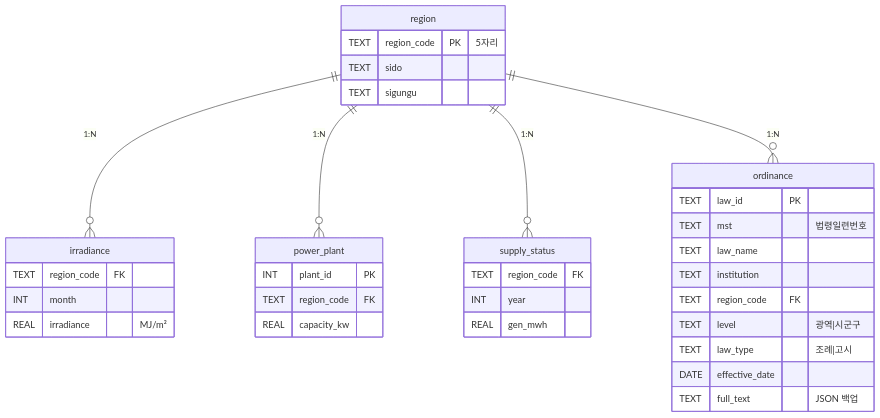
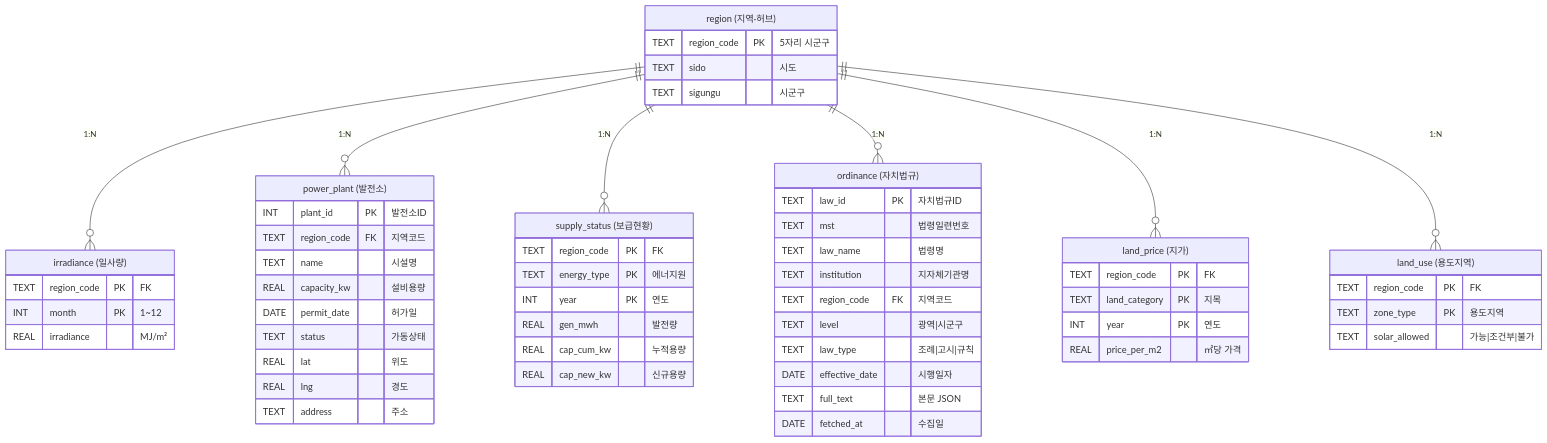
The fifth of 6 diagrams in ARCHITECTURE.md (irishsun51/solarfit), drawn with Mermaid before and after one commit. The commit also changed other lines of this file, not shown here.

Commit message:
docs: 아키텍처 다이어그램 최신화 (pages 구조, DB 스키마 한글명)

````diff
--- a/ARCHITECTURE.md
+++ b/ARCHITECTURE.md
@@ -162,39 +203,62 @@
 ```mermaid
 erDiagram
-    region ||--o{ irradiance : "1:N"
-    region ||--o{ power_plant : "1:N"
-    region ||--o{ supply_status : "1:N"
-    region ||--o{ ordinance : "1:N"
+    "region (지역·허브)" ||--o{ "irradiance (일사량)" : "1:N"
+    "region (지역·허브)" ||--o{ "power_plant (발전소)" : "1:N"
+    "region (지역·허브)" ||--o{ "supply_status (보급현황)" : "1:N"
+    "region (지역·허브)" ||--o{ "ordinance (자치법규)" : "1:N"
+    "region (지역·허브)" ||--o{ "land_price (지가)" : "1:N"
+    "region (지역·허브)" ||--o{ "land_use (용도지역)" : "1:N"
 
-    region {
-        TEXT region_code PK "5자리"
-        TEXT sido
-        TEXT sigungu
+    "region (지역·허브)" {
+        TEXT region_code PK "5자리 시군구"
+        TEXT sido "시도"
+        TEXT sigungu "시군구"
     }
-    irradiance {
-        TEXT region_code FK
-        INT month
+    "irradiance (일사량)" {
+        TEXT region_code PK "FK"
+        INT month PK "1~12"
         REAL irradiance "MJ/m²"
     }
-    ordinance {
-        TEXT law_id PK
+    "ordinance (자치법규)" {
+        TEXT law_id PK "자치법규ID"
         TEXT mst "법령일련번호"
-        TEXT law_name
-        TEXT institution
-        TEXT region_code FK
+        TEXT law_name "법령명"
+        TEXT institution "지자체기관명"
+        TEXT region_code FK "지역코드"
         TEXT level "광역|시군구"
-        TEXT law_type "조례|고시"
-        DATE effective_date
-        TEXT full_text "JSON 백업"
+        TEXT law_type "조례|고시|규칙"
+        DATE effective_date "시행일자"
+        TEXT full_text "본문 JSON"
+        DATE fetched_at "수집일"
     }
-    power_plant {
-        INT plant_id PK
-        TEXT region_code FK
-        REAL capacity_kw
+    "power_plant (발전소)" {
+        INT plant_id PK "발전소ID"
+        TEXT region_code FK "지역코드"
+        TEXT name "시설명"
+        REAL capacity_kw "설비용량"
+        DATE permit_date "허가일"
+        TEXT status "가동상태"
+        REAL lat "위도"
+        REAL lng "경도"
+        TEXT address "주소"
     }
-    supply_status {
-        TEXT region_code FK
-        INT year
-        REAL gen_mwh
+    "supply_status (보급현황)" {
+        TEXT region_code PK "FK"
+        TEXT energy_type PK "에너지원"
+        INT year PK "연도"
+        REAL gen_mwh "발전량"
+        REAL cap_cum_kw "누적용량"
+        REAL cap_new_kw "신규용량"
+    }
+    "land_price (지가)" {
+        TEXT region_code PK "FK"
+        TEXT land_category PK "지목"
+        INT year PK "연도"
+        REAL price_per_m2 "㎡당 가격"
+    }
+    "land_use (용도지역)" {
+        TEXT region_code PK "FK"
+        TEXT zone_type PK "용도지역"
+        TEXT solar_allowed "가능|조건부|불가"
     }
 ```
````
